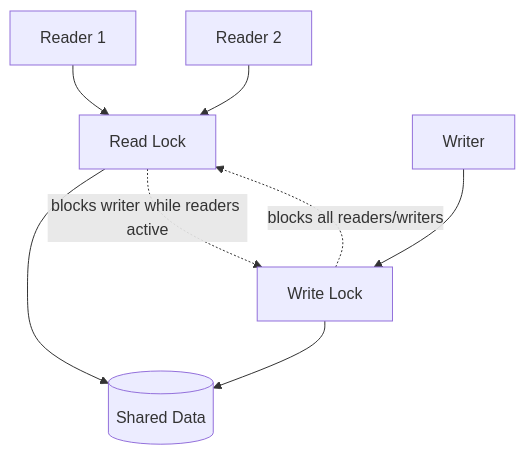
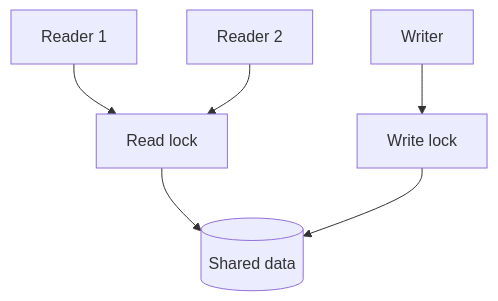
One commit to mthaiseer/springcloud-systemdesign-notes changed the sixth of 29 diagrams in HLD_NOTES/003_TECHNOLOGY_DEEP_DIVE/core-java/java_concurrency_visual_reference.md. Above: the diagram before and after it, drawn with Mermaid. The commit also changed other lines of this file, not shown here.

````diff
--- a/HLD_NOTES/003_TECHNOLOGY_DEEP_DIVE/core-java/java_concurrency_visual_reference.md
+++ b/HLD_NOTES/003_TECHNOLOGY_DEEP_DIVE/core-java/java_concurrency_visual_reference.md
@@ -331,10 +324,8 @@
 ```mermaid
 flowchart TD
-    R1[Reader 1] --> RW[Read Lock]
-    R2[Reader 2] --> RW
-    RW --> DATA[(Shared Data)]
-    W[Writer] --> WW[Write Lock]
-    WW --> DATA
-    RW -. blocks writer while readers active .-> WW
-    WW -. blocks all readers/writers .-> RW
+    R1[Reader 1] --> RL[Read lock]
+    R2[Reader 2] --> RL
+    RL --> Data[(Shared data)]
+    W[Writer] --> WL[Write lock]
+    WL --> Data
 ```
````
